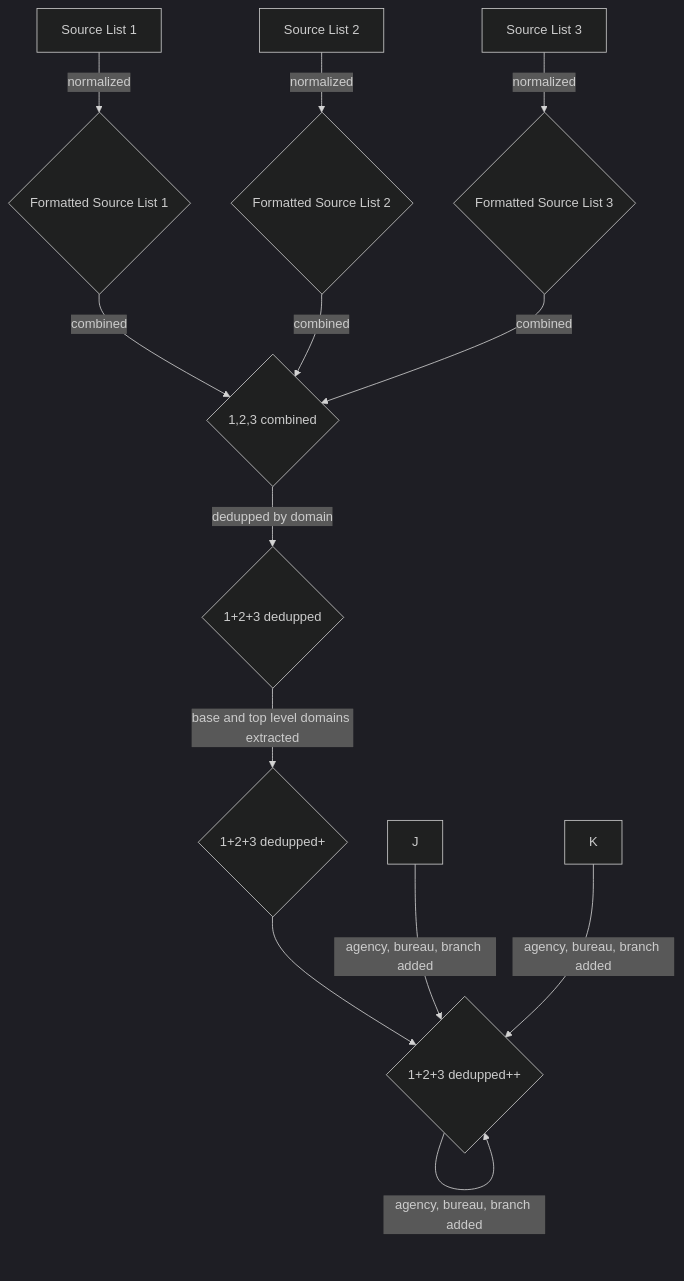
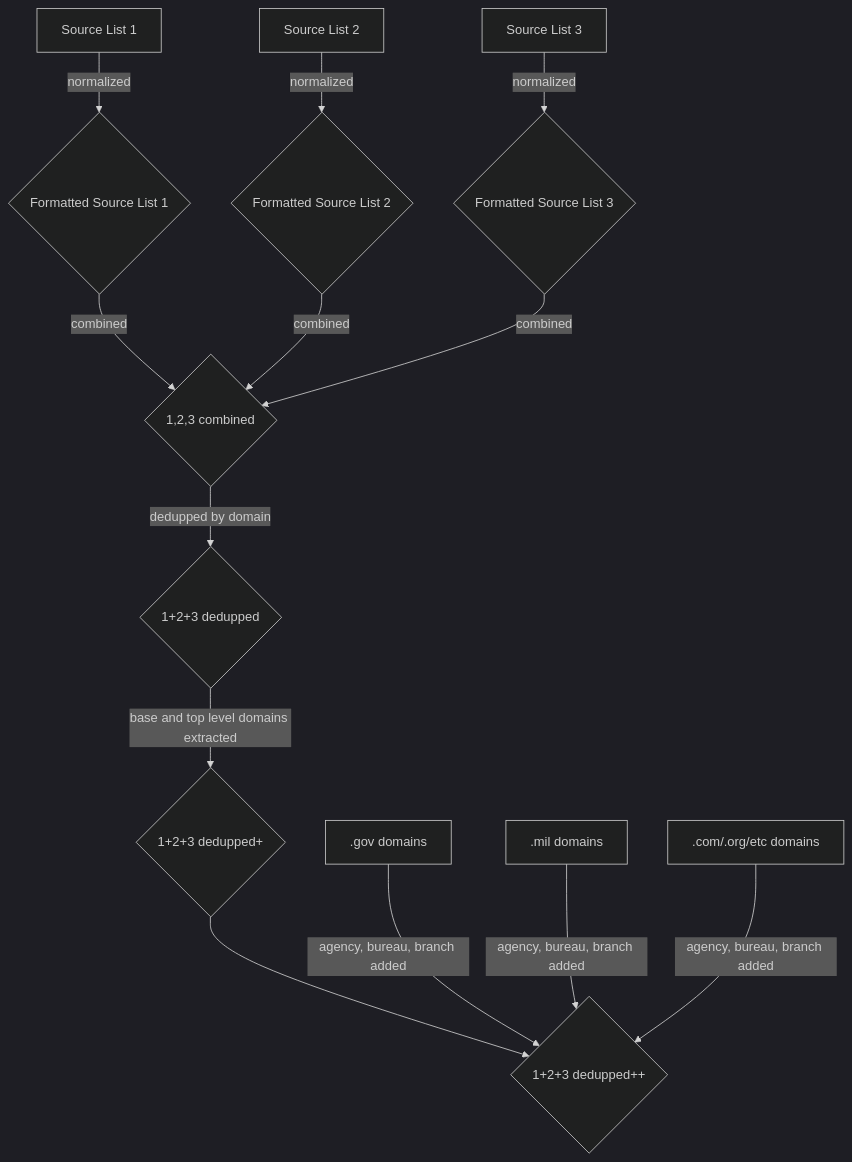
The diagram in about/project-management/diagrams/index-creation.md (GSA/site-scanning-documentation), drawn with Mermaid (dark theme) before and after one commit.

Commit message:
Update diagram index creation with domain additions

````diff
--- a/about/project-management/diagrams/index-creation.md
+++ b/about/project-management/diagrams/index-creation.md
@@ -3,15 +3,15 @@
 ```mermaid
 graph TD;
     A[Source List 1]-- normalized -->D{Formatted Source List 1};
     B[Source List 2]-- normalized -->E{Formatted Source List 2};
     C[Source List 3]-- normalized -->F{Formatted Source List 3};
     D-- combined -->G{1,2,3 combined};
     E-- combined -->G{1,2,3 combined};
     F-- combined -->G{1,2,3 combined};
     G-- dedupped by domain -->H{1+2+3 dedupped};
     H-- base and top level domains extracted --> I{1+2+3 dedupped+};
-    I--> L{1+2+3 dedupped++};
-    J-- agency, bureau, branch added -->L{1+2+3 dedupped++};
-    K-- agency, bureau, branch added -->L{1+2+3 dedupped++};
-    L-- agency, bureau, branch added -->L{1+2+3 dedupped++};
+    I--> M{1+2+3 dedupped++};
+    J[.gov domains]-- agency, bureau, branch added -->M{1+2+3 dedupped++};
+    K[.mil domains]-- agency, bureau, branch added -->M{1+2+3 dedupped++};
+    L[.com/.org/etc domains]-- agency, bureau, branch added -->M{1+2+3 dedupped++};
 ```
````
